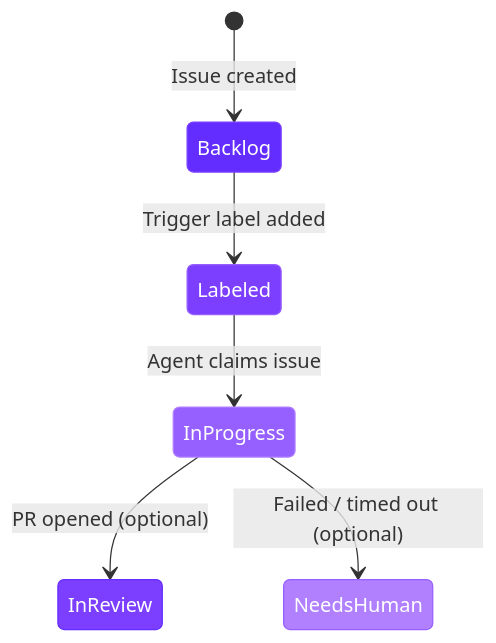
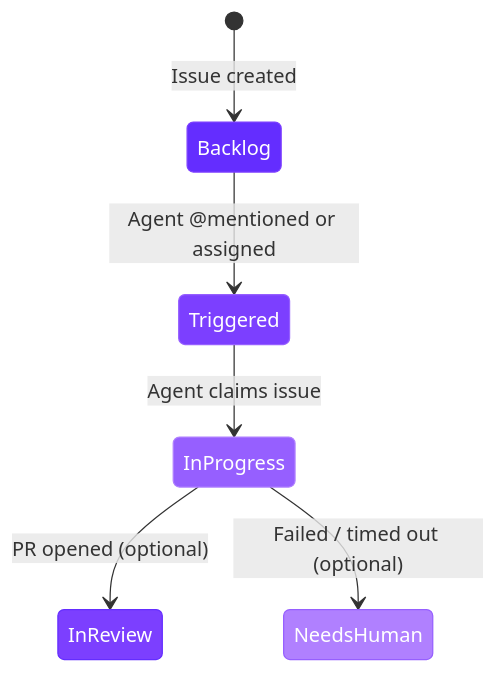
Before and after one commit to Qovery/documentation: the second of 2 diagrams in docs/rde/agents/linear-integration.mdx, drawn with Mermaid. The commit also changed other lines of this file, not shown here.

Commit message:
docs: rewrite linear integration for native agent protocol (OAuth + webhooks)

````diff
--- a/docs/rde/agents/linear-integration.mdx
+++ b/docs/rde/agents/linear-integration.mdx
@@ -120,14 +114,14 @@
 ```mermaid
 stateDiagram-v2
     classDef purple fill:#642DFF,color:#fff,stroke:#7C3FFF
     classDef midPurple fill:#7C3FFF,color:#fff,stroke:#965FFF
     classDef lightPurple fill:#965FFF,color:#fff,stroke:#B080FF
     classDef successState fill:#7C3FFF,color:#fff,stroke:#642DFF
     classDef failState fill:#B080FF,color:#fff,stroke:#965FFF
 
     [*] --> Backlog:::purple : Issue created
-    Backlog --> Labeled:::midPurple : Trigger label added
-    Labeled --> InProgress:::lightPurple : Agent claims issue
+    Backlog --> Triggered:::midPurple : Agent @mentioned or assigned
+    Triggered --> InProgress:::lightPurple : Agent claims issue
     InProgress --> InReview:::successState : PR opened (optional)
     InProgress --> NeedsHuman:::failState : Failed / timed out (optional)
 ```
````
